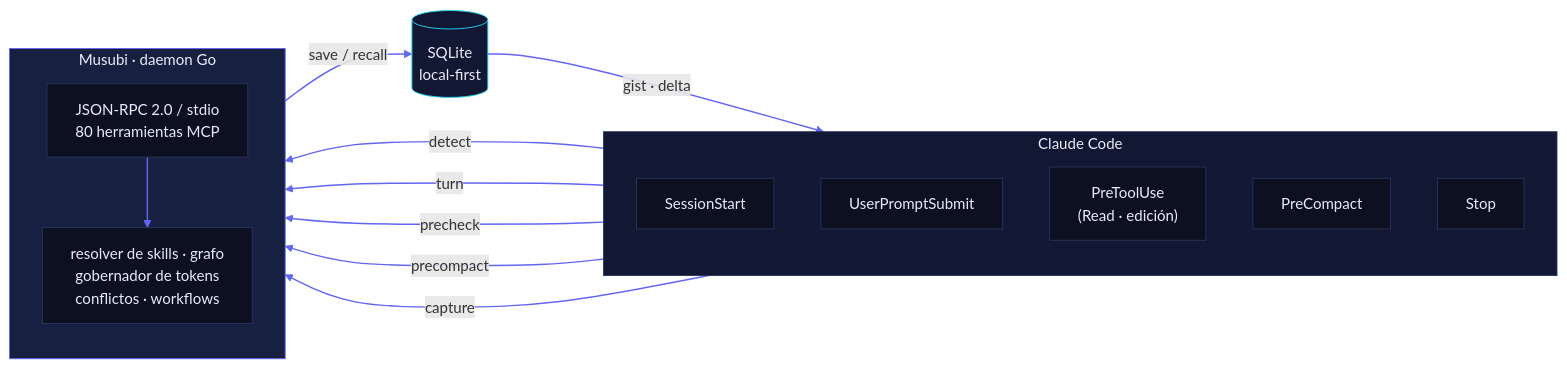
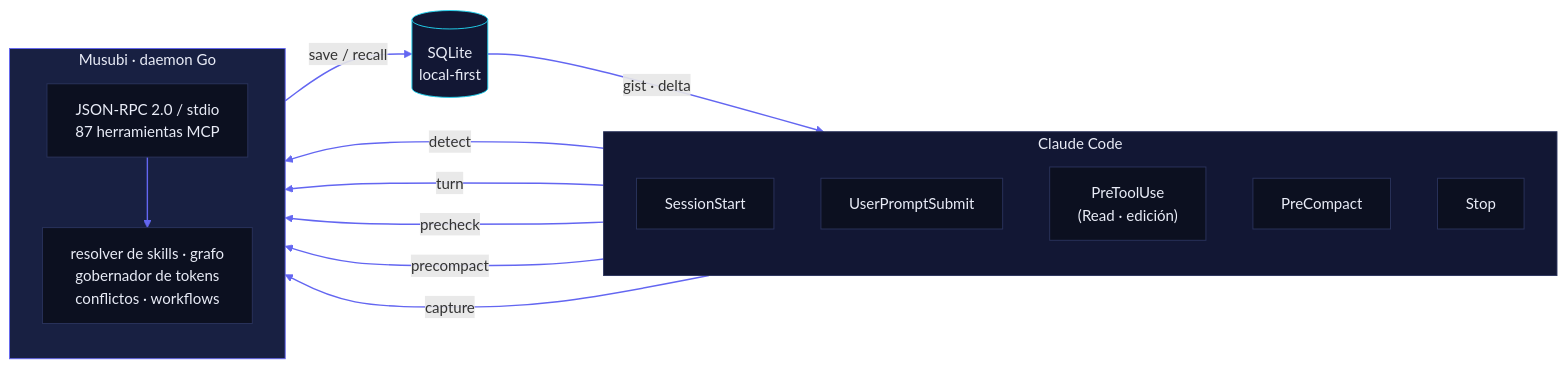
One commit to codeabraham16/musubi changed the first of 3 diagrams in README.md. Above: the diagram before and after it, drawn with Mermaid. The commit also changed other lines of this file and 33 other files, not shown here.

````diff
--- a/README.md
+++ b/README.md
@@ -93,34 +93,34 @@
 ```mermaid
 flowchart LR
     subgraph CC["Claude Code"]
         direction TB
         H1["SessionStart"]
         H2["UserPromptSubmit"]
         H3["PreToolUse<br/>(Read · edición)"]
         H4["PreCompact"]
         H5["Stop"]
     end
     subgraph M["Musubi · daemon Go"]
         direction TB
-        RPC["JSON-RPC 2.0 / stdio<br/>80 herramientas MCP"]
+        RPC["JSON-RPC 2.0 / stdio<br/>87 herramientas MCP"]
         COG["resolver de skills · grafo<br/>gobernador de tokens<br/>conflictos · workflows"]
     end
     DB[("SQLite<br/>local-first")]
 
     H1 -- "detect" --> RPC
     H2 -- "turn" --> RPC
     H3 -- "precheck" --> RPC
     H4 -- "precompact" --> RPC
     H5 -- "capture" --> RPC
     RPC --> COG
     COG -- "save / recall" --> DB
     DB -- "gist · delta" --> CC
 
     classDef cc fill:#121734,stroke:#2A335C,color:#E9ECF7;
     classDef mm fill:#182042,stroke:#6366F1,color:#E9ECF7;
     classDef db fill:#121734,stroke:#22D3EE,color:#E9ECF7;
     classDef nd fill:#0C1020,stroke:#2A335C,color:#E9ECF7;
     class CC cc; class M mm; class DB db;
     class H1,H2,H3,H4,H5,RPC,COG nd;
     linkStyle default stroke:#6366F1,stroke-width:1.5px;
 ```
````
